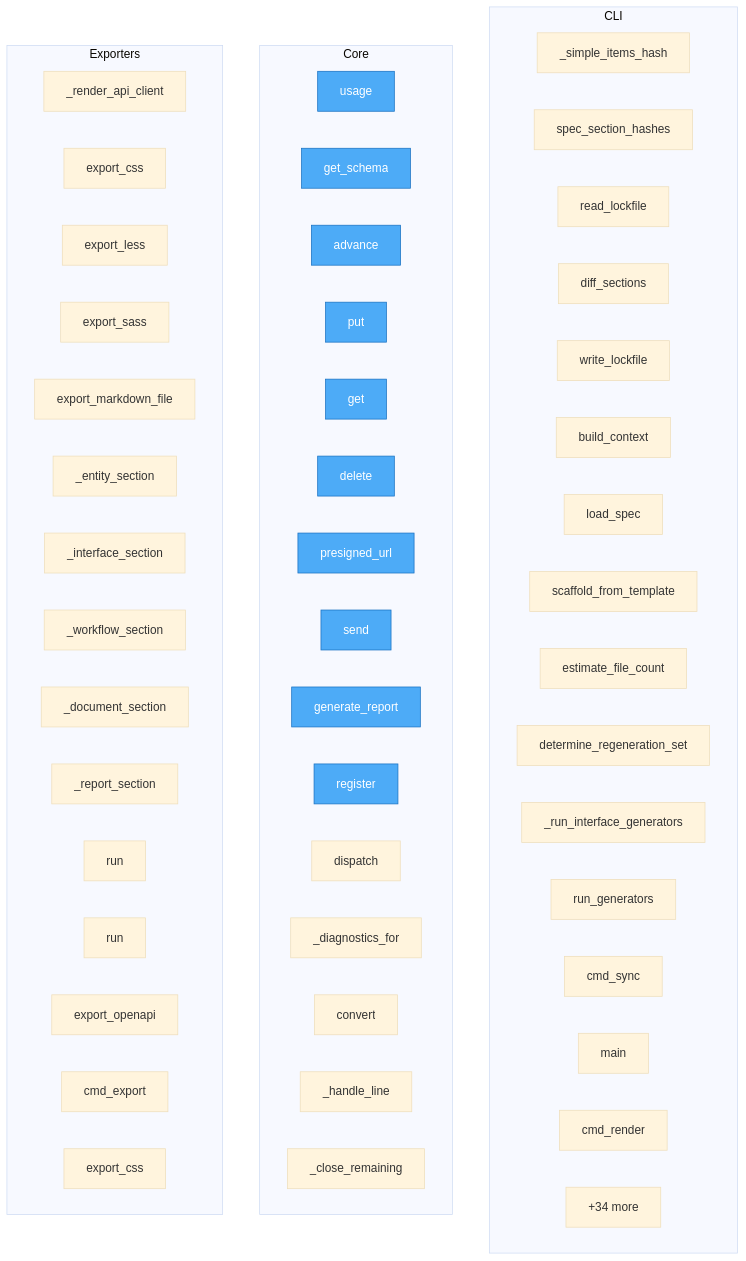
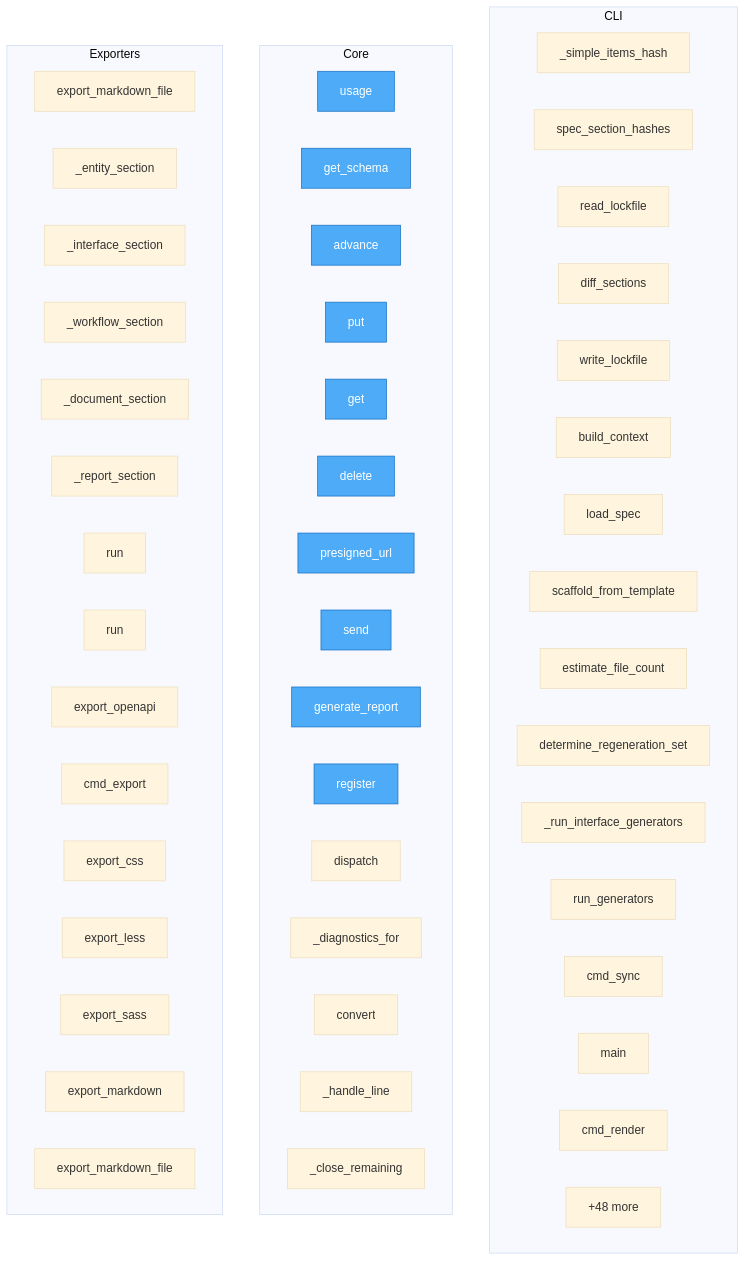
Before and after one commit to oqlos/doql: the diagram in project/flow.mmd, drawn with Mermaid (base theme). The commit also changed 55 other files, not shown here.

```diff
--- a/project/flow.mmd
+++ b/project/flow.mmd
@@ -1,63 +1,63 @@
 flowchart TD
 
     %% Entry points (blue)
     classDef entry fill:#4dabf7,stroke:#1971c2,color:#fff
 
     subgraph CLI
         doql__cli__lockfile___simple_items_hash["_simple_items_hash"]
         doql__cli__lockfile__spec_section_hashes["spec_section_hashes"]
         doql__cli__lockfile__read_lockfile["read_lockfile"]
         doql__cli__lockfile__diff_sections["diff_sections"]
         doql__cli__lockfile__write_lockfile["write_lockfile"]
         doql__cli__context__build_context["build_context"]
         doql__cli__context__load_spec["load_spec"]
         doql__cli__context__scaffold_from_template["scaffold_from_template"]
         doql__cli__context__estimate_file_count["estimate_file_count"]
         doql__cli__sync__determine_regeneration_set["determine_regeneration_set"]
         doql__cli__sync___run_interface_generators["_run_interface_generators"]
         doql__cli__sync__run_generators["run_generators"]
         doql__cli__sync__cmd_sync["cmd_sync"]
         doql__cli__main__main["main"]
         doql__cli__commands__render__cmd_render["cmd_render"]
         ...["+96 more"]
     end
 
     subgraph Core
         doql__usage["usage"]
         OQLOS_REQUIREMENTS__get_schema["get_schema"]
         OQLOS_REQUIREMENTS__advance["advance"]
         OQLOS_REQUIREMENTS__put["put"]
         OQLOS_REQUIREMENTS__get["get"]
         OQLOS_REQUIREMENTS__delete["delete"]
         OQLOS_REQUIREMENTS__presigned_url["presigned_url"]
         OQLOS_REQUIREMENTS__send["send"]
         OQLOS_REQUIREMENTS__generate_report["generate_report"]
         OQLOS_REQUIREMENTS__register["register"]
         OQLOS_REQUIREMENTS__dispatch["dispatch"]
         TODO___diagnostics_for["_diagnostics_for"]
         TODO__convert["convert"]
         TODO___handle_line["_handle_line"]
         TODO___close_remaining["_close_remaining"]
-        ...["+1579 more"]
+        ...["+1576 more"]
     end
 
     subgraph Exporters
-        doql__exporters__css__renderers___render_api_client["_render_api_client"]
-        doql__exporters__css__export_css["export_css"]
-        doql__exporters__css__export_less["export_less"]
-        doql__exporters__css__export_sass["export_sass"]
         doql__exporters__markdown__export_markdown_file["export_markdown_file"]
         doql__exporters__markdown__sections___entity_section["_entity_section"]
         doql__exporters__markdown__sections___interface_section["_interface_section"]
         doql__exporters__markdown__sections___workflow_section["_workflow_section"]
         doql__exporters__markdown__sections___document_section["_document_section"]
         doql__exporters__markdown__sections___report_section["_report_section"]
         doql__generators__export_postman__run["run"]
         doql__generators__export_ts_sdk__run["run"]
         doql__generators__api_gen__export_openapi["export_openapi"]
         project__map__toon__cmd_export["cmd_export"]
         project__map__toon__export_css["export_css"]
-        ...["+34 more"]
+        project__map__toon__export_less["export_less"]
+        project__map__toon__export_sass["export_sass"]
+        project__map__toon__export_markdown["export_markdown"]
+        project__map__toon__export_markdown_file["export_markdown_file"]
+        ...["+48 more"]
     end
 
     class doql__usage,OQLOS_REQUIREMENTS__get_schema,OQLOS_REQUIREMENTS__advance,OQLOS_REQUIREMENTS__put,OQLOS_REQUIREMENTS__get,OQLOS_REQUIREMENTS__delete,OQLOS_REQUIREMENTS__presigned_url,OQLOS_REQUIREMENTS__send,OQLOS_REQUIREMENTS__generate_report,OQLOS_REQUIREMENTS__register entry
```
